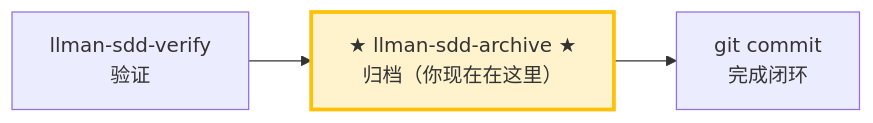
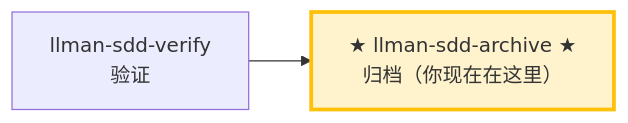
One commit to StrayDragon/xylitol changed the diagram in .agents/skills/llman-sdd-archive/SKILL.md. Above: the diagram before and after it, drawn with Mermaid. The commit also changed other lines of this file and 16 other files, not shown here.

````diff
--- a/.agents/skills/llman-sdd-archive/SKILL.md
+++ b/.agents/skills/llman-sdd-archive/SKILL.md
@@ -17,8 +17,7 @@
 ```mermaid
 flowchart LR
     verify["llman-sdd-verify<br/>验证"] --> archive
     archive["★ llman-sdd-archive ★<br/>归档（你现在在这里）"]
-    archive --> commit["git commit<br/>完成闭环"]
 
     style archive fill:#fff3cd,stroke:#ffc107,stroke-width:3px
 ```
````
